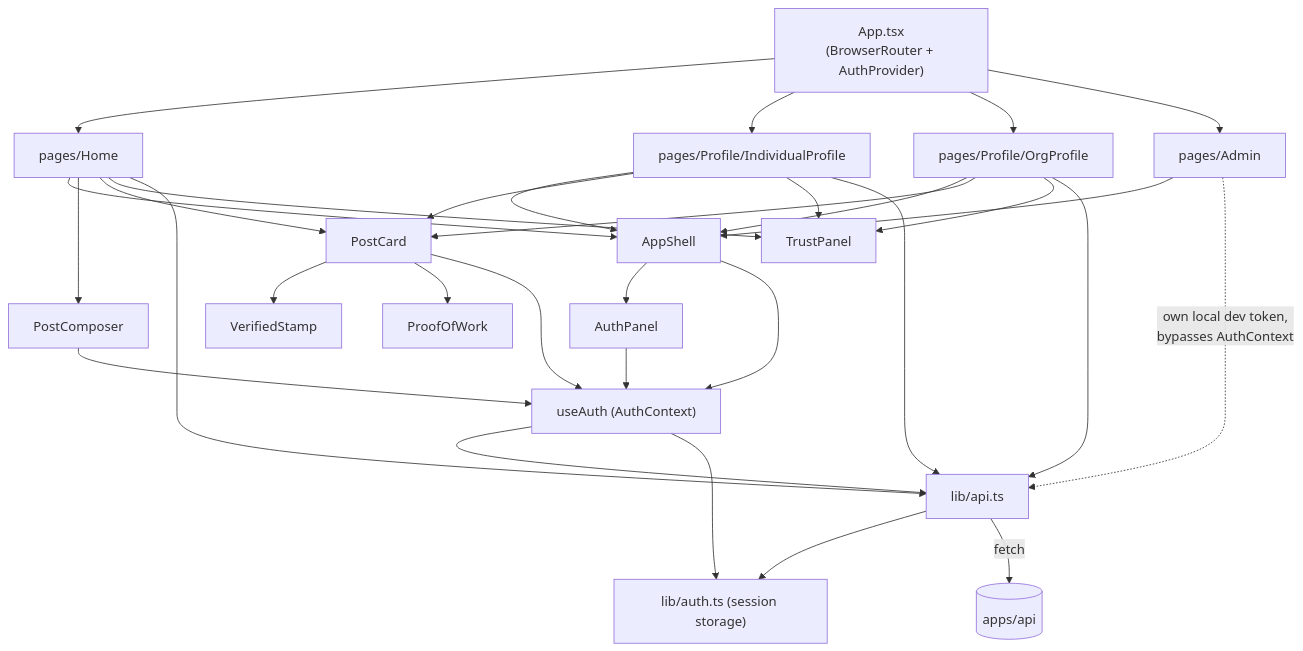
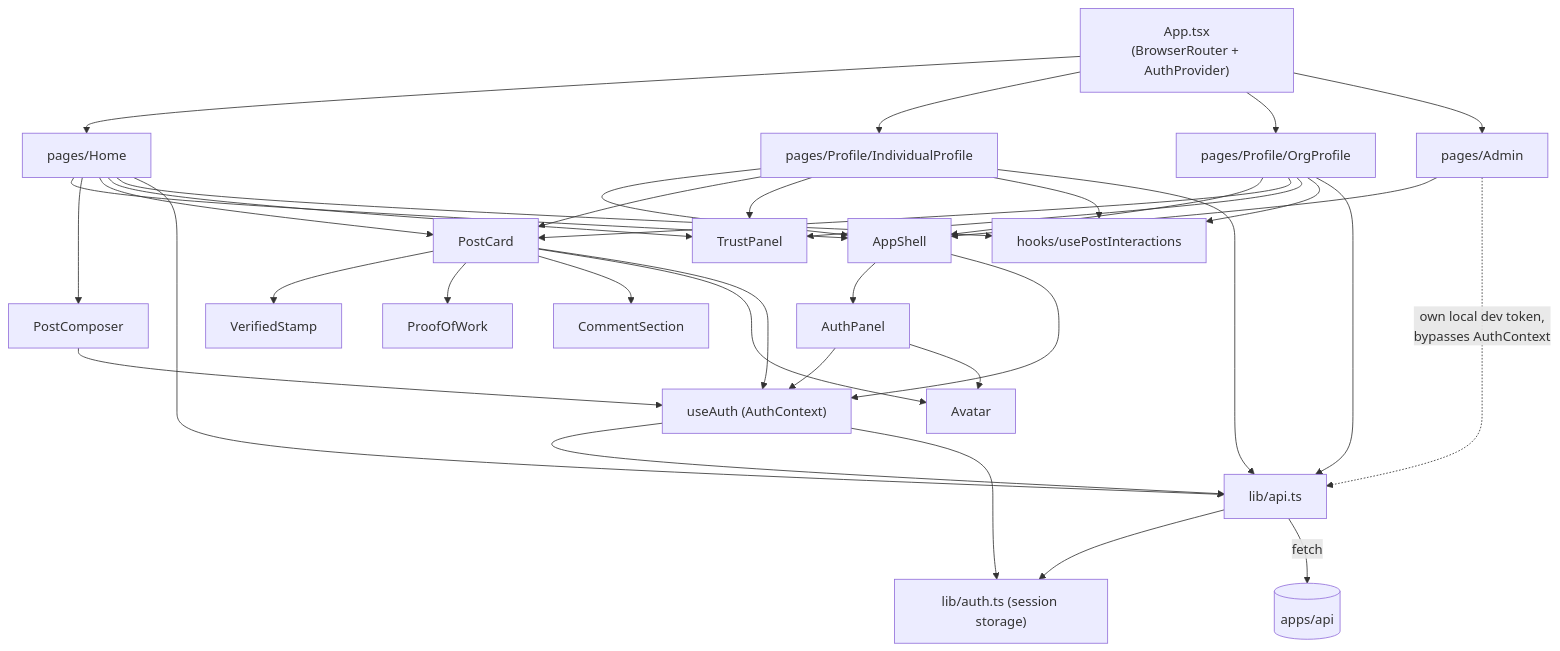
Before and after one commit to cation21/Ayudaan: the second of 2 diagrams in docs/ARCHITECTURE.md, drawn with Mermaid. The commit also changed other lines of this file and 30 other files, not shown here.

````diff
--- a/docs/ARCHITECTURE.md
+++ b/docs/ARCHITECTURE.md
@@ -93,42 +99,49 @@
 ```mermaid
 graph TD
   App["App.tsx<br/>(BrowserRouter + AuthProvider)"]
 
   App --> Home["pages/Home"]
   App --> IndProfile["pages/Profile/IndividualProfile"]
   App --> OrgProfile["pages/Profile/OrgProfile"]
   App --> Admin["pages/Admin"]
 
   Home --> AppShell
   IndProfile --> AppShell
   OrgProfile --> AppShell
   Admin --> AppShell
 
   AppShell --> AuthPanel
   AppShell --> AuthContext["useAuth (AuthContext)"]
 
   Home --> PostComposer
   Home --> PostCard
   Home --> TrustPanel
   IndProfile --> PostCard
   IndProfile --> TrustPanel
   OrgProfile --> PostCard
   OrgProfile --> TrustPanel
 
+  Home --> usePostInteractions["hooks/usePostInteractions"]
+  IndProfile --> usePostInteractions
+  OrgProfile --> usePostInteractions
+
   PostCard --> VerifiedStamp
   PostCard --> ProofOfWork
+  PostCard --> CommentSection
+  PostCard --> Avatar
   PostCard --> AuthContext
   PostComposer --> AuthContext
   AuthPanel --> AuthContext
+  AuthPanel --> Avatar
 
   AuthContext --> lib_api["lib/api.ts"]
   AuthContext --> lib_auth["lib/auth.ts (session storage)"]
 
   Home --> lib_api
   IndProfile --> lib_api
   OrgProfile --> lib_api
   Admin -. "own local dev token,<br/>bypasses AuthContext" .-> lib_api
 
   lib_api --> lib_auth
   lib_api -->|fetch| API[("apps/api")]
 ```
````
